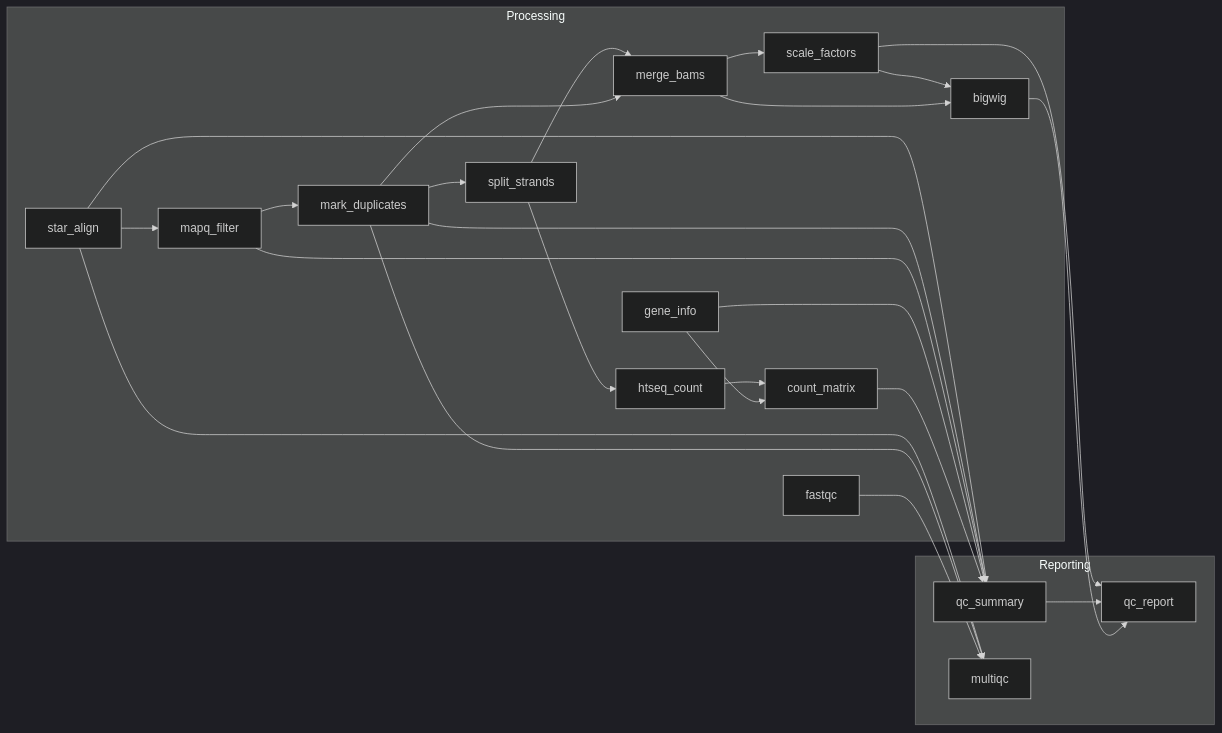
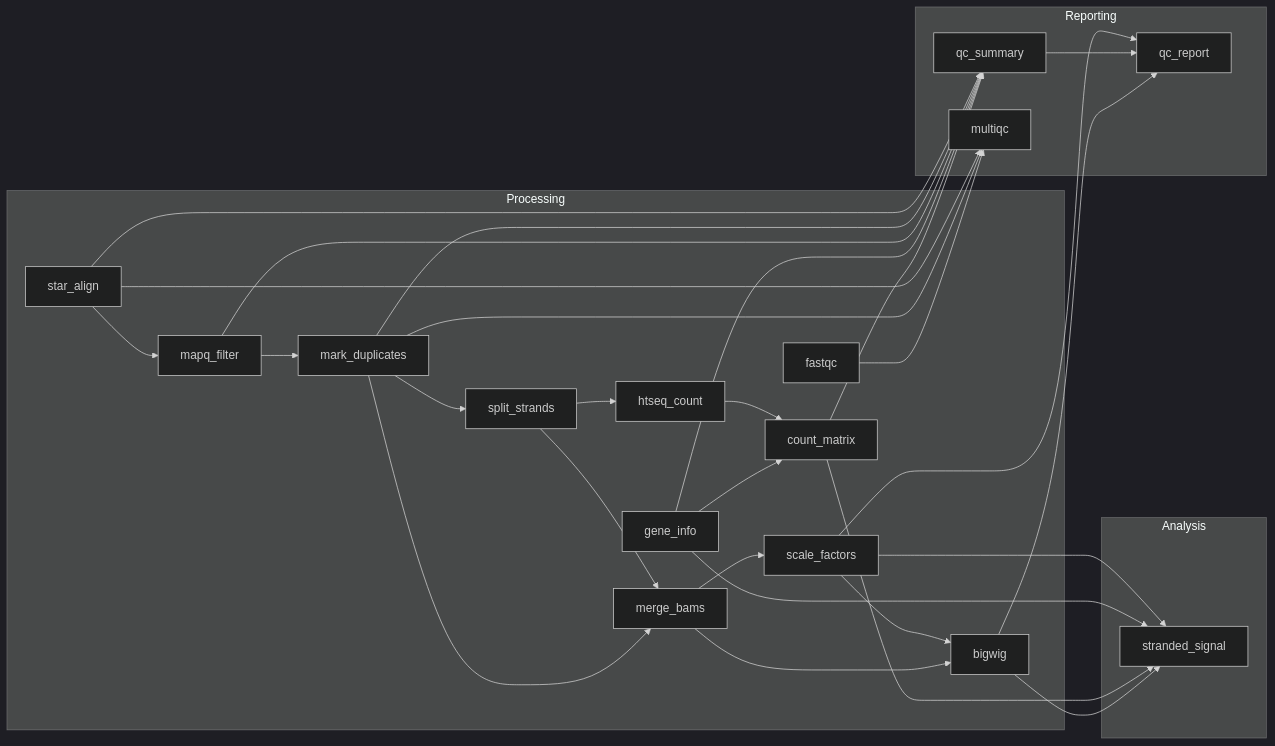
The diagram in docs/img/dag_processing.mmd (jpflores-13/TTpipe), drawn with Mermaid (dark theme) before and after one commit. The commit also changed 40 other files, not shown here.

Commit message:
Stranded signal page; optional spike-in normalization (experimental); human+ERCC memory in Pioneer profile

```diff
--- a/docs/img/dag_processing.mmd
+++ b/docs/img/dag_processing.mmd
@@ -1,42 +1,49 @@
 %% Processing only (run_analysis: false): generated by scripts/make_dag.py from `snakemake --rulegraph`; do not edit
 flowchart LR
   subgraph Processing["Processing"]
     fastqc[fastqc]
     mark_duplicates[mark_duplicates]
     mapq_filter[mapq_filter]
     star_align[star_align]
     split_strands[split_strands]
     bigwig[bigwig]
     merge_bams[merge_bams]
     scale_factors[scale_factors]
     count_matrix[count_matrix]
     htseq_count[htseq_count]
     gene_info[gene_info]
   end
+  subgraph Analysis["Analysis"]
+    stranded_signal[stranded_signal]
+  end
   subgraph Reporting["Reporting"]
     qc_report[qc_report]
     qc_summary[qc_summary]
     multiqc[multiqc]
   end
   bigwig --> qc_report
+  bigwig --> stranded_signal
   count_matrix --> qc_summary
+  count_matrix --> stranded_signal
   fastqc --> multiqc
   gene_info --> count_matrix
   gene_info --> qc_summary
+  gene_info --> stranded_signal
   htseq_count --> count_matrix
   mapq_filter --> mark_duplicates
   mapq_filter --> qc_summary
   mark_duplicates --> merge_bams
   mark_duplicates --> multiqc
   mark_duplicates --> qc_summary
   mark_duplicates --> split_strands
   merge_bams --> bigwig
   merge_bams --> scale_factors
   qc_summary --> qc_report
   scale_factors --> bigwig
   scale_factors --> qc_report
+  scale_factors --> stranded_signal
   split_strands --> htseq_count
   split_strands --> merge_bams
   star_align --> mapq_filter
   star_align --> multiqc
   star_align --> qc_summary
```
